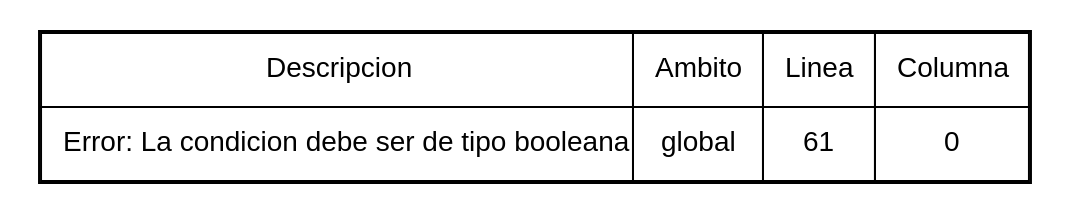
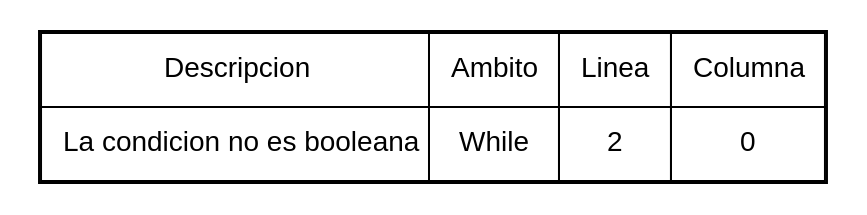
The diagram in reports/graphErr.dot (Noel1903/OLC2_P12S201900822), drawn with Graphviz before and after one commit. The commit also changed 9 other files, not shown here.

```diff
--- a/reports/graphErr.dot
+++ b/reports/graphErr.dot
@@ -1,9 +1,9 @@
 
 digraph G{
 fontname="Helvetica,Arial,sans-serif";
 node [fontname="Helvetica,Arial,sans-serif"];
 a0 [shape=none label=<
 <TABLE border="1" cellspacing="0" cellpadding="10">
 <tr><td>Descripcion</td><td>Ambito</td><td>Linea</td><td>Columna</td></tr>
-<tr><td>Error: La condicion debe ser de tipo booleana</td><td>global</td><td>61</td><td>0</td></tr></TABLE>>];
+<tr><td>La condicion no es booleana</td><td>While</td><td>2</td><td>0</td></tr></TABLE>>];
 }
```
